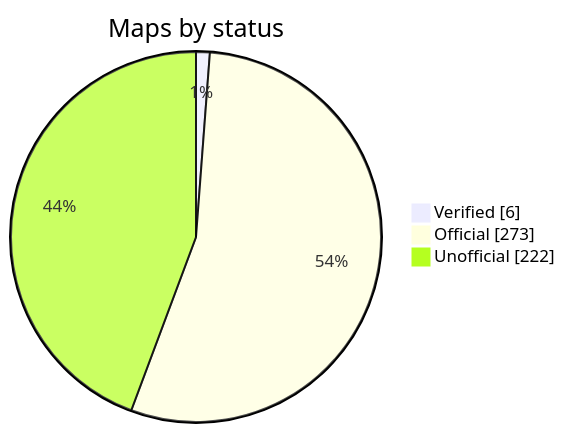
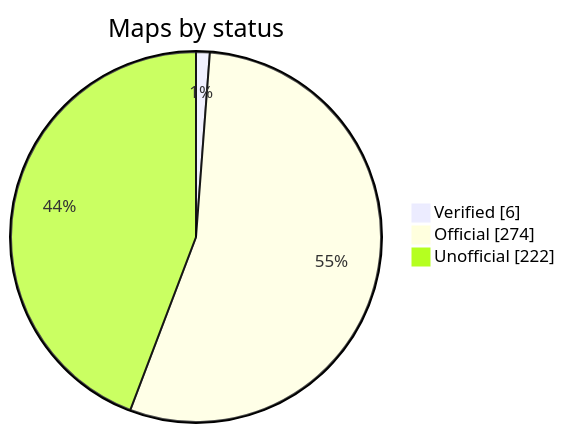
The diagram in README.md (nobrega8/mbmap-library), drawn with Mermaid before and after one commit. The commit also changed 2 other files, not shown here.

Commit message:
Add the Novus NP785 map (#100)

````diff
--- a/README.md
+++ b/README.md
@@ -48,7 +48,7 @@
 ```mermaid
 pie showData
     title Maps by status
     "Verified" : 6
-    "Official" : 273
+    "Official" : 274
     "Unofficial" : 222
 ```
````
